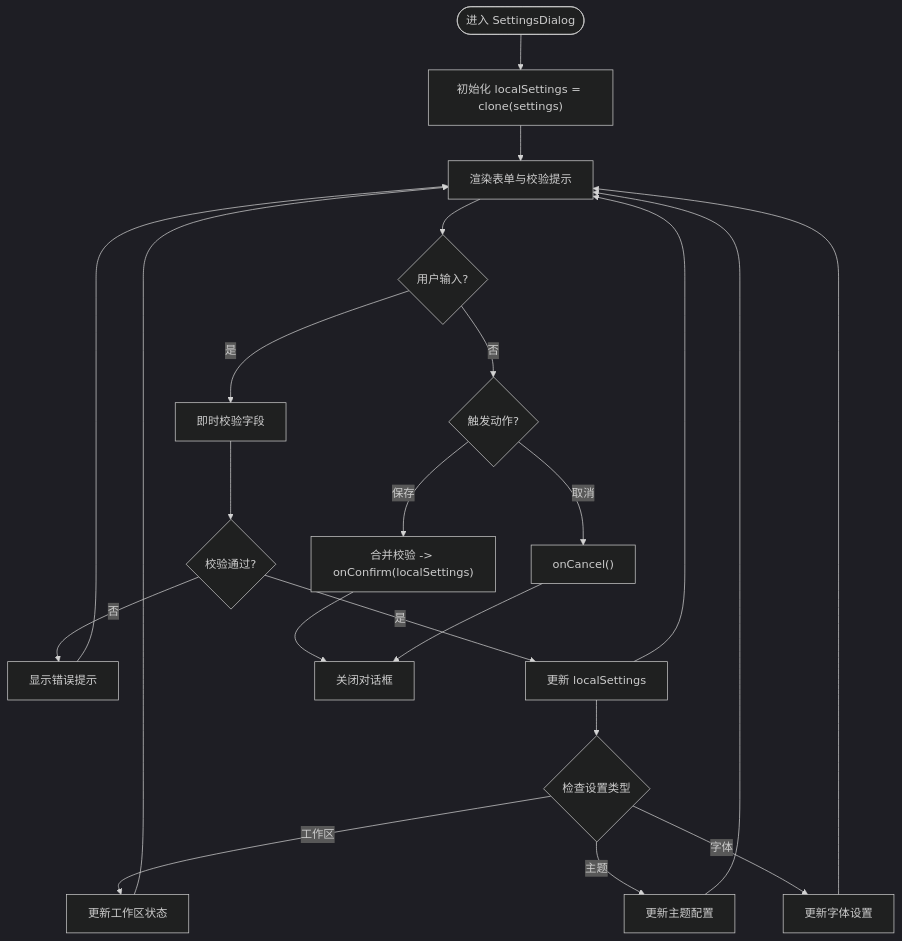
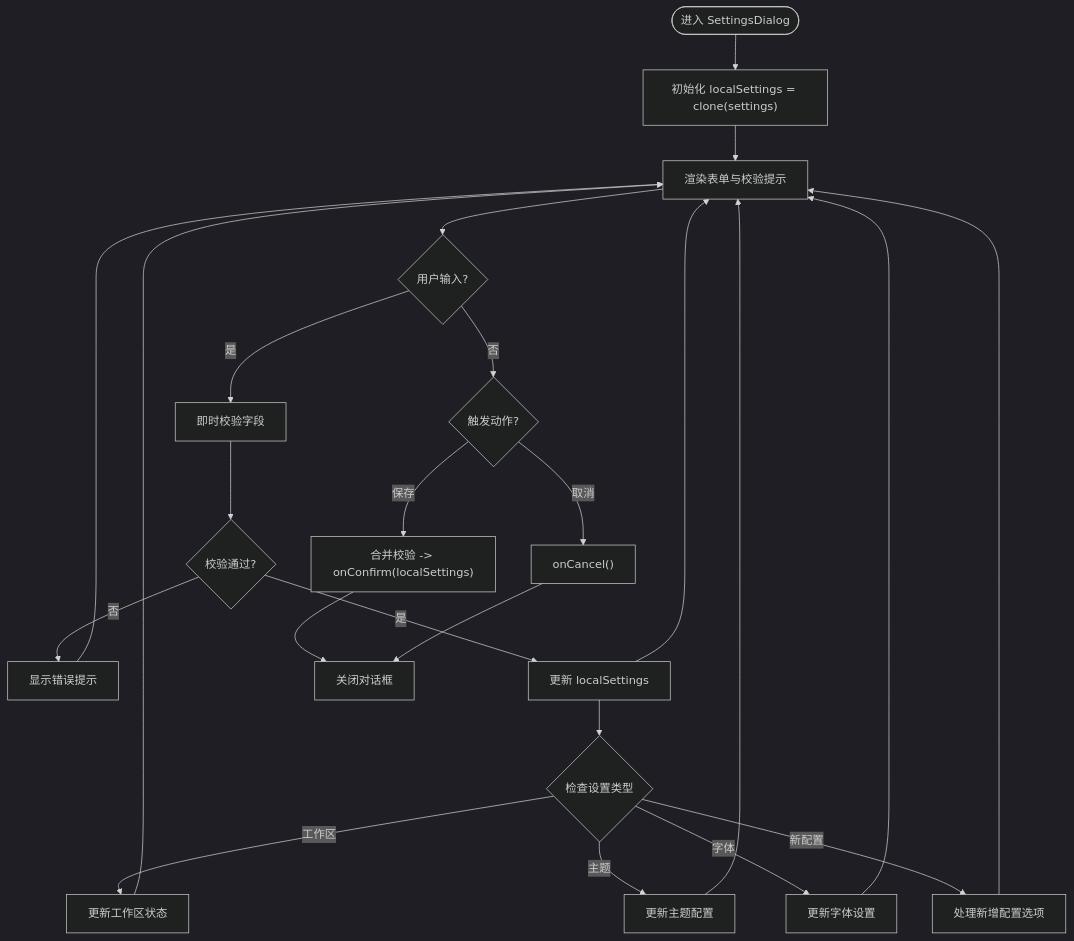
One commit to gongshiyun/ZenNote changed the third of 4 diagrams in .qoder/repowiki/zh/content/对话框系统.md. Above: the diagram before and after it, drawn with Mermaid (dark theme). The commit also changed other lines of this file and 21 other files, not shown here.

````diff
--- a/.qoder/repowiki/zh/content/对话框系统.md
+++ b/.qoder/repowiki/zh/content/对话框系统.md
@@ -193,24 +203,26 @@
 ```mermaid
 flowchart TD
 Start(["进入 SettingsDialog"]) --> Init["初始化 localSettings = clone(settings)"]
 Init --> Render["渲染表单与校验提示"]
 Render --> Input{"用户输入?"}
 Input --> |是| Validate["即时校验字段"]
 Validate --> Valid{"校验通过?"}
 Valid --> |否| ShowError["显示错误提示"]
 Valid --> |是| UpdateLocal["更新 localSettings"]
 UpdateLocal --> CheckType{"检查设置类型"}
 CheckType --> |工作区| UpdateWorkspace["更新工作区状态"]
 CheckType --> |主题| UpdateTheme["更新主题配置"]
 CheckType --> |字体| UpdateFont["更新字体设置"]
+CheckType --> |新配置| UpdateNewConfig["处理新增配置选项"]
 UpdateWorkspace --> Render
 UpdateTheme --> Render
 UpdateFont --> Render
+UpdateNewConfig --> Render
 UpdateLocal --> Render
 Input --> |否| Action{"触发动作?"}
 Action --> |保存| Confirm["合并校验 -> onConfirm(localSettings)"]
 Action --> |取消| Cancel["onCancel()"]
 Confirm --> Close["关闭对话框"]
 Cancel --> Close
 ShowError --> Render
 ```
````
